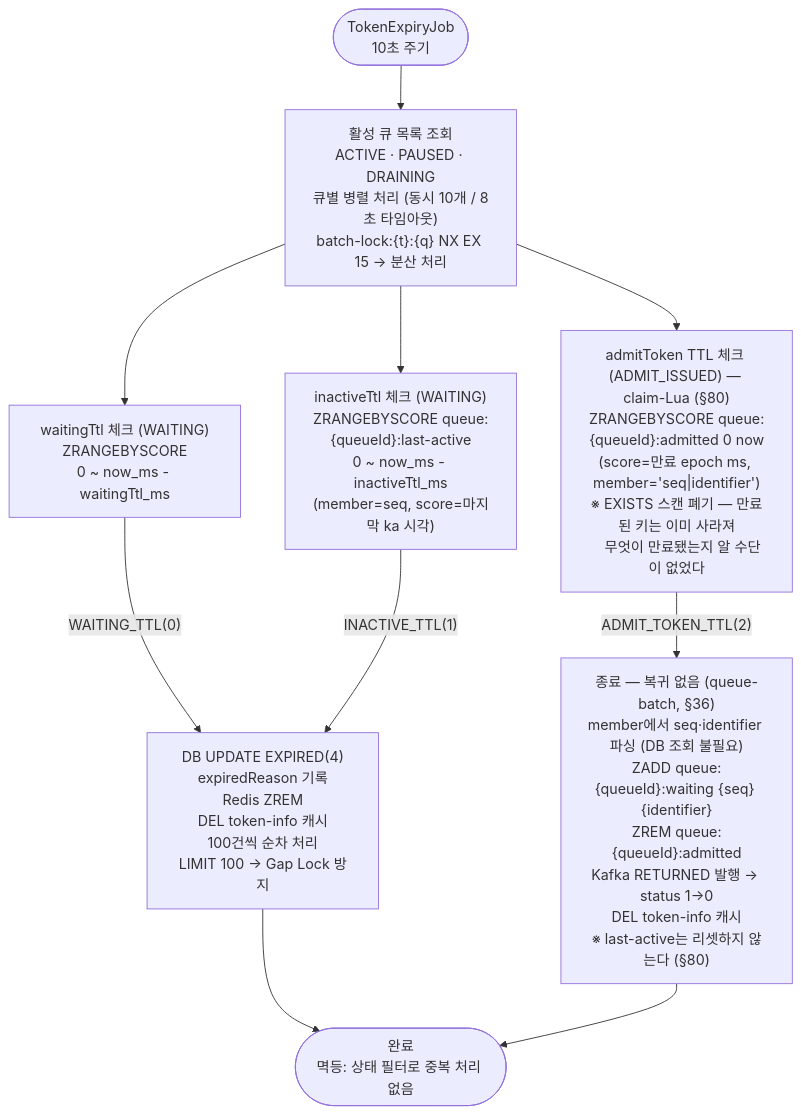
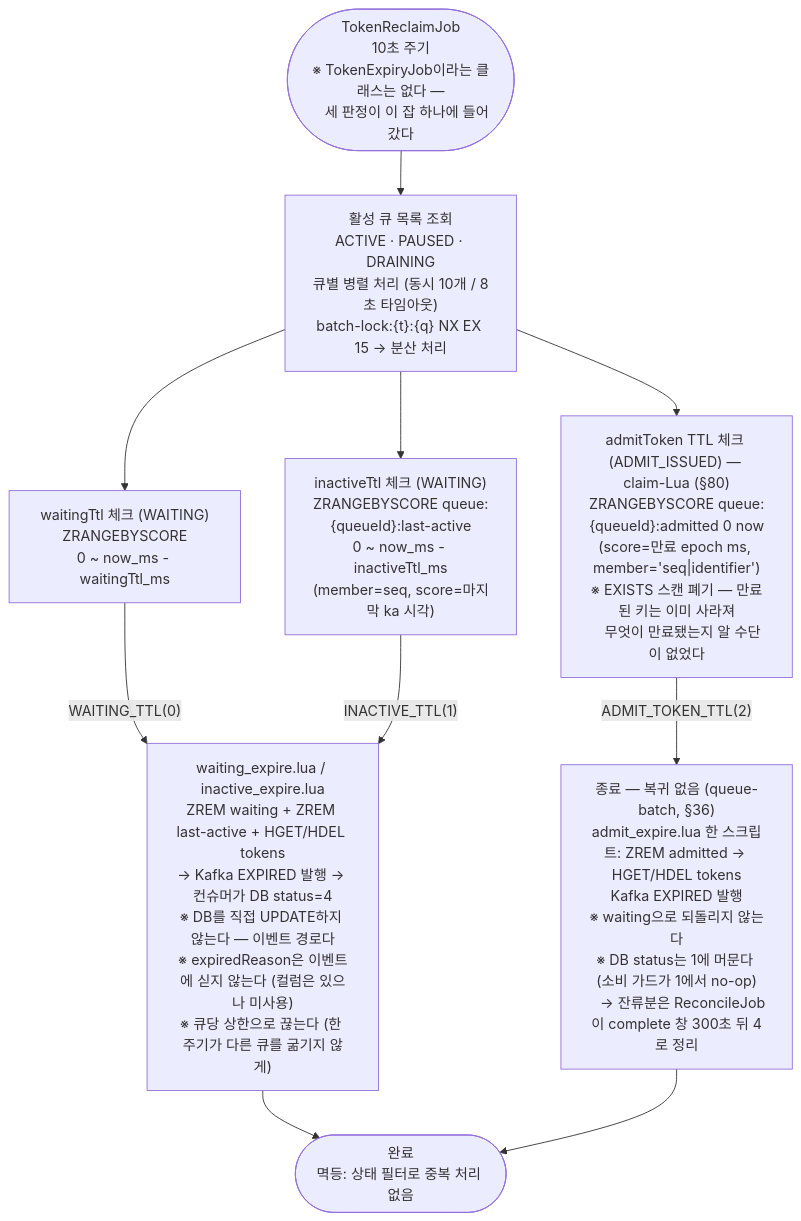
The sixth of 11 diagrams in doc/FLOW.md (S-Onix/queue-platform), drawn with Mermaid before and after one commit. The commit also changed other lines of this file and 9 other files, not shown here.

````diff
--- a/doc/FLOW.md
+++ b/doc/FLOW.md
@@ -235,19 +235,19 @@
 ```mermaid
 flowchart TD
-    JOB(["TokenExpiryJob\n10초 주기"])
+    JOB(["TokenReclaimJob\n10초 주기\n※ TokenExpiryJob이라는 클래스는 없다 —\n   세 판정이 이 잡 하나에 들어갔다"])
     --> ALIST["활성 큐 목록 조회\nACTIVE · PAUSED · DRAINING\n큐별 병렬 처리 (동시 10개 / 8초 타임아웃)\nbatch-lock:{t}:{q} NX EX 15 → 분산 처리"]
 
     ALIST --> W1 & W2 & W3
 
     W1["waitingTtl 체크 (WAITING)\nZRANGEBYSCORE\n0 ~ now_ms - waitingTtl_ms"]
     W2["inactiveTtl 체크 (WAITING)\nZRANGEBYSCORE queue:{queueId}:last-active\n0 ~ now_ms - inactiveTtl_ms\n(member=seq, score=마지막 ka 시각)"]
     W3["admitToken TTL 체크 (ADMIT_ISSUED) — claim-Lua (§80)\nZRANGEBYSCORE queue:{queueId}:admitted 0 now\n(score=만료 epoch ms, member='seq|identifier')\n※ EXISTS 스캔 폐기 — 만료된 키는 이미 사라져\n   무엇이 만료됐는지 알 수단이 없었다"]
 
-    W1 -->|"WAITING_TTL(0)"| EXP["DB UPDATE EXPIRED(4)\nexpiredReason 기록\nRedis ZREM\nDEL token-info 캐시\n100건씩 순차 처리\nLIMIT 100 → Gap Lock 방지"]
+    W1 -->|"WAITING_TTL(0)"| EXP["waiting_expire.lua / inactive_expire.lua\nZREM waiting + ZREM last-active + HGET/HDEL tokens\n→ Kafka EXPIRED 발행 → 컨슈머가 DB status=4\n※ DB를 직접 UPDATE하지 않는다 — 이벤트 경로다\n※ expiredReason은 이벤트에 싣지 않는다 (컬럼은 있으나 미사용)\n※ 큐당 상한으로 끊는다 (한 주기가 다른 큐를 굶기지 않게)"]
     W2 -->|"INACTIVE_TTL(1)"| EXP
 
-    W3 -->|"ADMIT_TOKEN_TTL(2)"| BACK["종료 — 복귀 없음 (queue-batch, §36)\nmember에서 seq·identifier 파싱 (DB 조회 불필요)\nZADD queue:{queueId}:waiting {seq} {identifier}\nZREM queue:{queueId}:admitted\nKafka RETURNED 발행 → status 1→0\nDEL token-info 캐시\n※ last-active는 리셋하지 않는다 (§80)"]
+    W3 -->|"ADMIT_TOKEN_TTL(2)"| BACK["종료 — 복귀 없음 (queue-batch, §36)\nadmit_expire.lua 한 스크립트: ZREM admitted → HGET/HDEL tokens\nKafka EXPIRED 발행\n※ waiting으로 되돌리지 않는다\n※ DB status는 1에 머문다 (소비 가드가 1에서 no-op)\n   → 잔류분은 ReconcileJob이 complete 창 300초 뒤 4로 정리"]
 
     EXP --> DONE(["완료\n멱등: 상태 필터로 중복 처리 없음"])
     BACK --> DONE
 ```
````
